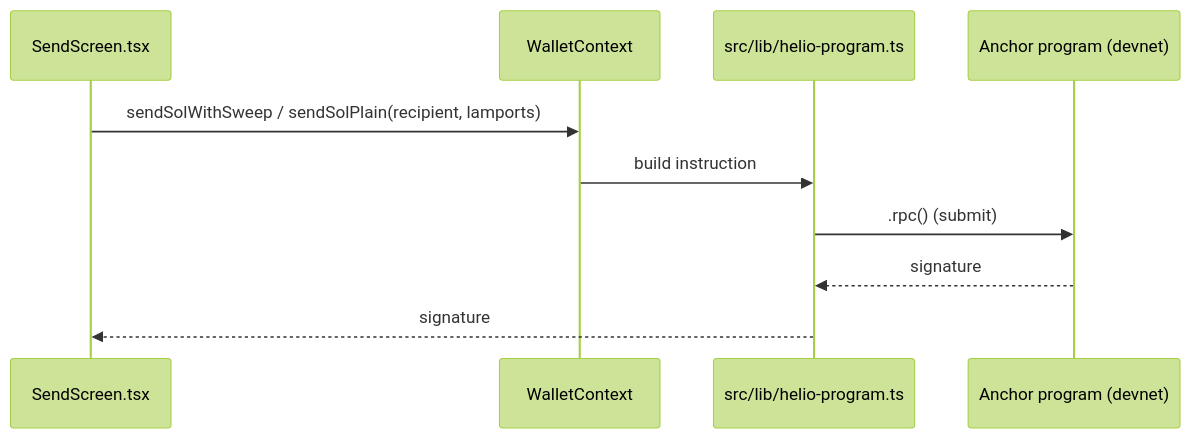
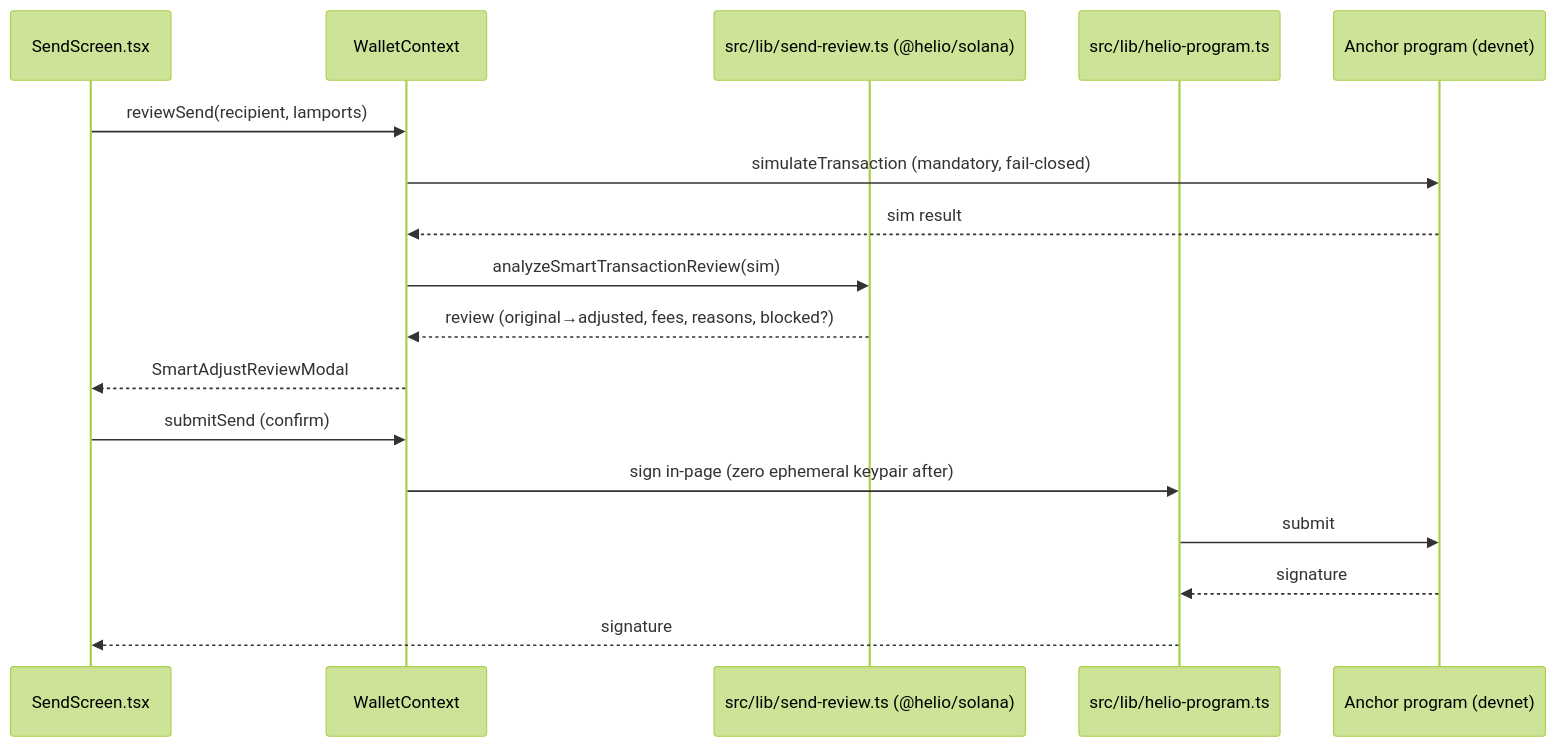
The second of 2 diagrams in docs/architecture.md (UtkarshArjariya/Helio-Wallet), drawn with Mermaid (forest theme) before and after one commit. The commit also changed other lines of this file, not shown here.

Commit message:
refine architecture documentation: update routing and cluster details, enhance send flow description, and clarify status of Smart Transaction Adjustment integration

````diff
--- a/docs/architecture.md
+++ b/docs/architecture.md
@@ -147,13 +147,20 @@
 ```mermaid
 sequenceDiagram
     participant UI as SendScreen.tsx
     participant WC as WalletContext
+    participant SR as src/lib/send-review.ts (@helio/solana)
     participant HP as src/lib/helio-program.ts
     participant Chain as Anchor program (devnet)
 
-    UI->>WC: sendSolWithSweep / sendSolPlain(recipient, lamports)
-    WC->>HP: build instruction
-    HP->>Chain: .rpc()  (submit)
+    UI->>WC: reviewSend(recipient, lamports)
+    WC->>Chain: simulateTransaction (mandatory, fail-closed)
+    Chain-->>WC: sim result
+    WC->>SR: analyzeSmartTransactionReview(sim)
+    SR-->>WC: review (original→adjusted, fees, reasons, blocked?)
+    WC-->>UI: SmartAdjustReviewModal
+    UI->>WC: submitSend (confirm)
+    WC->>HP: sign in-page (zero ephemeral keypair after)
+    HP->>Chain: submit
     Chain-->>HP: signature
     HP-->>UI: signature
 ```
````
